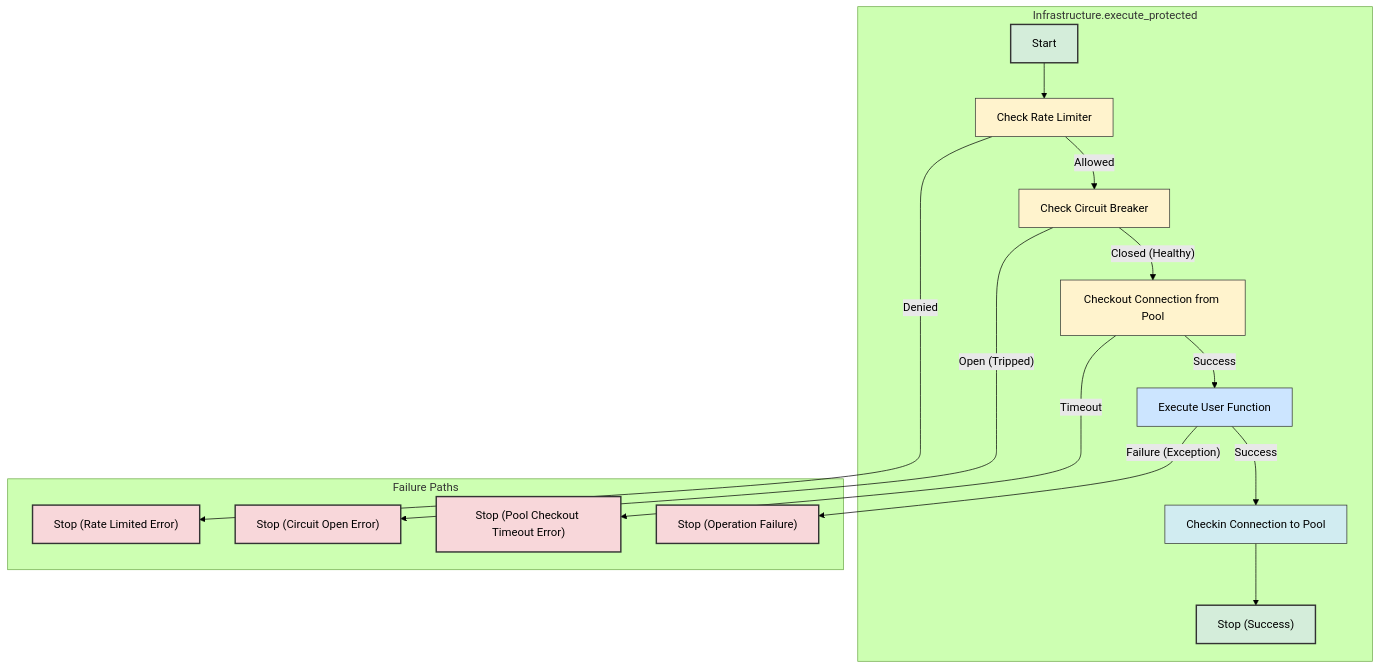
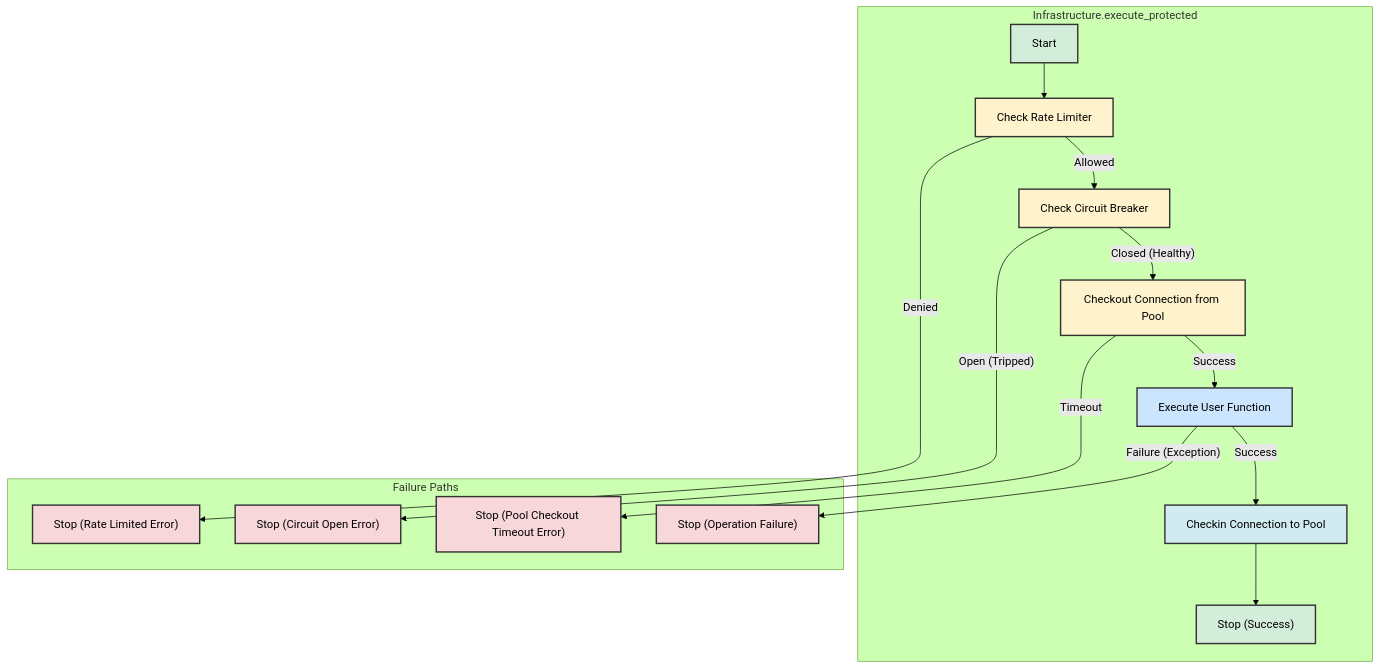
One commit to nshkrdotcom/foundation changed the fourth of 11 diagrams in docs/ARCH_DIAGS.md. Above: the diagram before and after it, drawn with Mermaid (forest theme). The commit also changed other lines of this file, not shown here.

````diff
--- a/docs/ARCH_DIAGS.md
+++ b/docs/ARCH_DIAGS.md
@@ -179,42 +179,42 @@
 ```mermaid
 graph TD
     subgraph "Infrastructure.execute_protected"
         Start["Start"]
         RateLimiter["Check Rate Limiter"]
         CircuitBreaker["Check Circuit Breaker"]
         ConnectionPool["Checkout Connection from Pool"]
         Operation["Execute User Function"]
         Checkin["Checkin Connection to Pool"]
         Stop["Stop (Success)"]
     end
 
     subgraph "Failure Paths"
         RateLimited["Stop (Rate Limited Error)"]
         CircuitOpen["Stop (Circuit Open Error)"]
         PoolTimeout["Stop (Pool Checkout Timeout Error)"]
         OpFails["Stop (Operation Failure)"]
     end
 
     Start --> RateLimiter
     RateLimiter -- "Allowed" --> CircuitBreaker
     RateLimiter -- "Denied" --> RateLimited
     CircuitBreaker -- "Closed (Healthy)" --> ConnectionPool
     CircuitBreaker -- "Open (Tripped)" --> CircuitOpen
     ConnectionPool -- "Success" --> Operation
     ConnectionPool -- "Timeout" --> PoolTimeout
     Operation -- "Success" --> Checkin
     Operation -- "Failure (Exception)" --> OpFails
     Checkin --> Stop
 
-    style Start fill:#d4edda,stroke:#333,stroke-width:2px,color:#000
-    style Stop fill:#d4edda,stroke:#333,stroke-width:2px,color:#000
-    style RateLimited fill:#f8d7da,stroke:#333,stroke-width:2px,color:#000
-    style CircuitOpen fill:#f8d7da,stroke:#333,stroke-width:2px,color:#000
-    style PoolTimeout fill:#f8d7da,stroke:#333,stroke-width:2px,color:#000
-    style OpFails fill:#f8d7da,stroke:#333,stroke-width:2px,color:#000
-    style RateLimiter fill:#fff3cd,stroke:#333,stroke-width:1px,color:#000
-    style CircuitBreaker fill:#fff3cd,stroke:#333,stroke-width:1px,color:#000
-    style ConnectionPool fill:#fff3cd,stroke:#333,stroke-width:1px,color:#000
-    style Operation fill:#cce5ff,stroke:#333,stroke-width:1px,color:#000
-    style Checkin fill:#d1ecf1,stroke:#333,stroke-width:1px,color:#000
+    style Start fill:#d4edda,stroke:#333,stroke-width:2,color:#000
+    style Stop fill:#d4edda,stroke:#333,stroke-width:2,color:#000
+    style RateLimited fill:#f8d7da,stroke:#333,stroke-width:2,color:#000
+    style CircuitOpen fill:#f8d7da,stroke:#333,stroke-width:2,color:#000
+    style PoolTimeout fill:#f8d7da,stroke:#333,stroke-width:2,color:#000
+    style OpFails fill:#f8d7da,stroke:#333,stroke-width:2,color:#000
+    style RateLimiter fill:#fff3cd,stroke:#333,stroke-width:2,color:#000
+    style CircuitBreaker fill:#fff3cd,stroke:#333,stroke-width:2,color:#000
+    style ConnectionPool fill:#fff3cd,stroke:#333,stroke-width:2,color:#000
+    style Operation fill:#cce5ff,stroke:#333,stroke-width:2,color:#000
+    style Checkin fill:#d1ecf1,stroke:#333,stroke-width:2,color:#000
 ```
````
